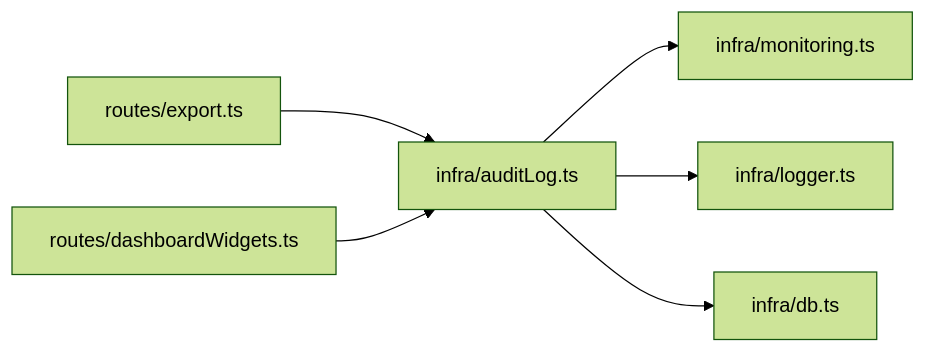
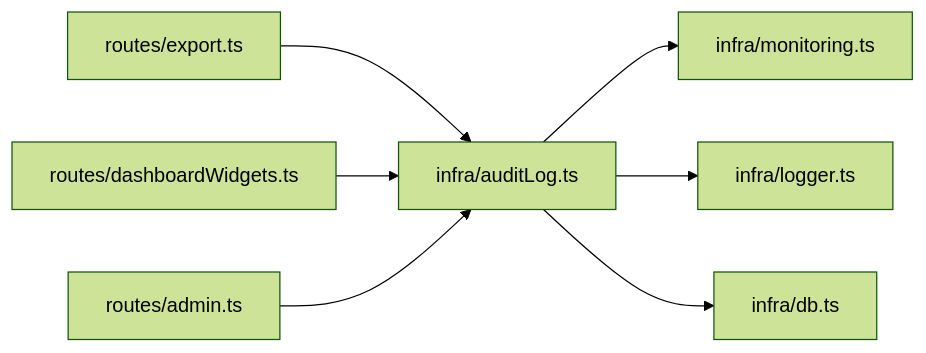
Before and after one commit to dgjin/smart-data-analytics: the fifth of 5 diagrams in .qoder/repowiki/zh/content/安全与认证/审计日志.md, drawn with Mermaid (forest theme). The commit also changed other lines of this file and 146 other files, not shown here.

````diff
--- a/.qoder/repowiki/zh/content/安全与认证/审计日志.md
+++ b/.qoder/repowiki/zh/content/安全与认证/审计日志.md
@@ -218,8 +257,9 @@
 ```mermaid
 graph LR
 export["routes/export.ts"] --> audit["infra/auditLog.ts"]
 widgets["routes/dashboardWidgets.ts"] --> audit
+admin["routes/admin.ts"] --> audit
 audit --> mon["infra/monitoring.ts"]
 audit --> log["infra/logger.ts"]
 audit --> dbi["infra/db.ts"]
 ```
````
